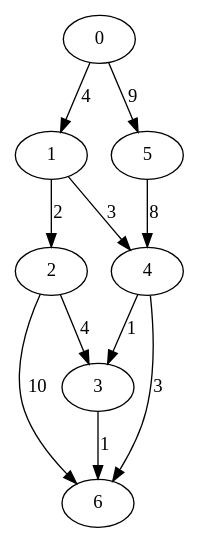
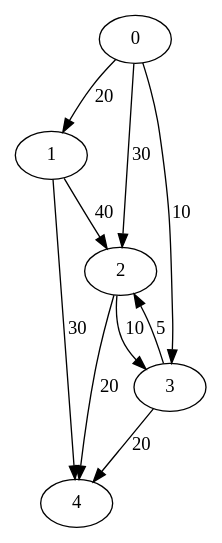
One commit to fionavatar/Op_Research_Projet_CUVILLIEZ_Fiona changed the diagram in graphes/graph_initial.gv. Above: the diagram before and after it, drawn with Graphviz. The commit also changed 23 other files, not shown here.

```diff
--- a/graphes/graph_initial.gv
+++ b/graphes/graph_initial.gv
@@ -1,12 +1,11 @@
 digraph graph_initial {
-	0 -> 1 [label=4]
-	0 -> 5 [label=9]
-	1 -> 2 [label=2]
-	1 -> 4 [label=3]
-	2 -> 3 [label=4]
-	2 -> 6 [label=10]
-	3 -> 6 [label=1]
-	4 -> 3 [label=1]
-	4 -> 6 [label=3]
-	5 -> 4 [label=8]
+	0 -> 1 [label=20]
+	0 -> 2 [label=30]
+	0 -> 3 [label=10]
+	1 -> 2 [label=40]
+	1 -> 4 [label=30]
+	2 -> 3 [label=10]
+	2 -> 4 [label=20]
+	3 -> 2 [label=5]
+	3 -> 4 [label=20]
 }
```
